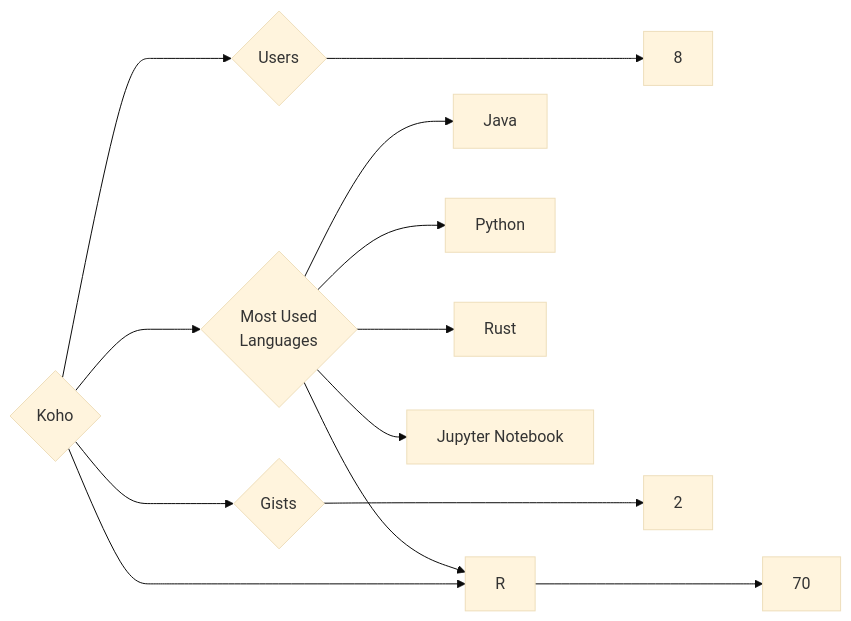
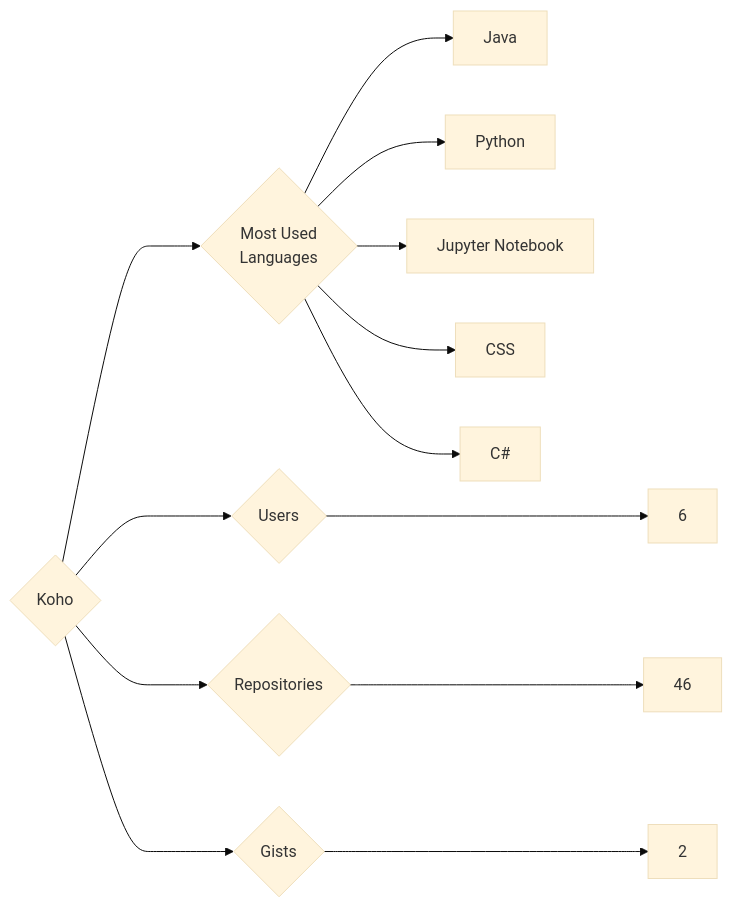
Before and after one commit to trickest/insiders: the diagram in targets/Koho/README.md, drawn with Mermaid (base theme). The commit also changed 777 other files, not shown here.

````diff
--- a/targets/Koho/README.md
+++ b/targets/Koho/README.md
@@ -3,13 +3,13 @@
 ```mermaid
 graph LR
 COMPANY_NAME{Koho}
-COMPANY_NAME ---> U{Users} ---> UN[8]
-COMPANY_NAME ---> R{Repositories} ---> RN[70]
+COMPANY_NAME ---> U{Users} ---> UN[6]
+COMPANY_NAME ---> R{Repositories} ---> RN[46]
 COMPANY_NAME ---> G{Gists} ---> GN[2]
 COMPANY_NAME ---> ML{Most Used<br>Languages}
 ML --> Java[Java]
-ML --> R[R]
 ML --> Python[Python]
-ML --> Rust[Rust]
 ML --> Jupyter_Notebook[Jupyter Notebook]
+ML --> CSS[CSS]
+ML --> C#[C#]
 ```
````
